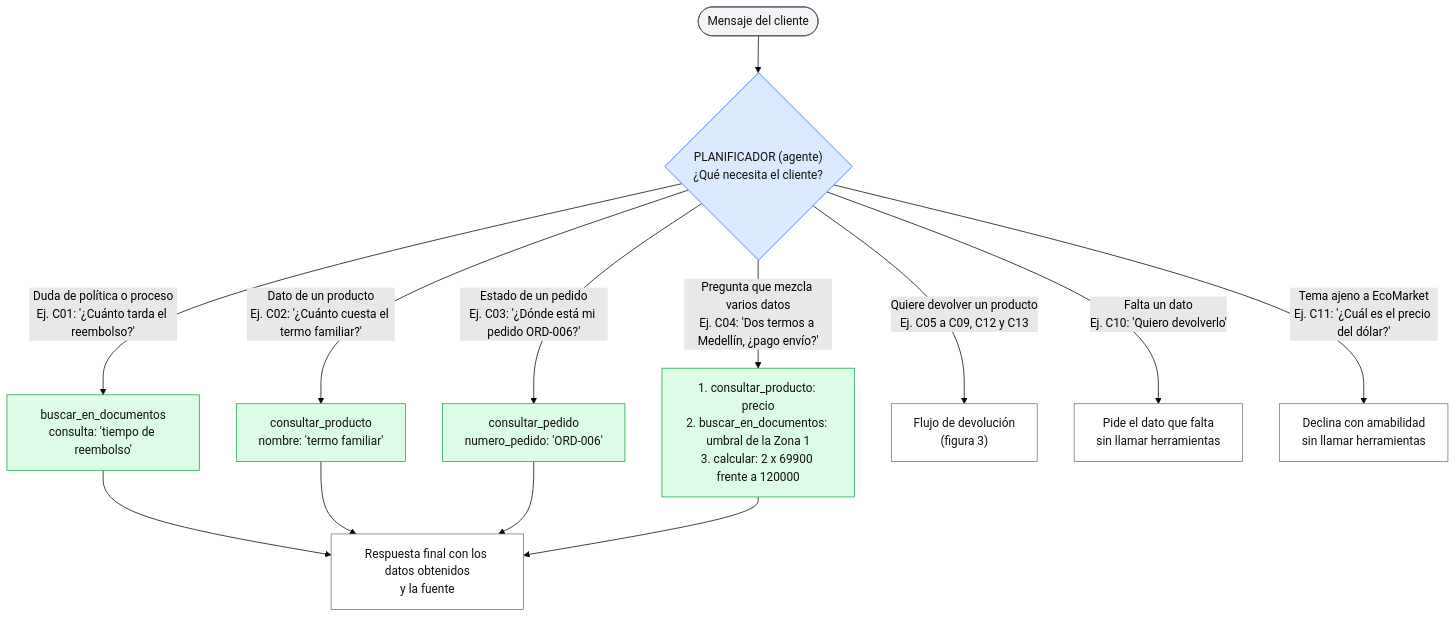
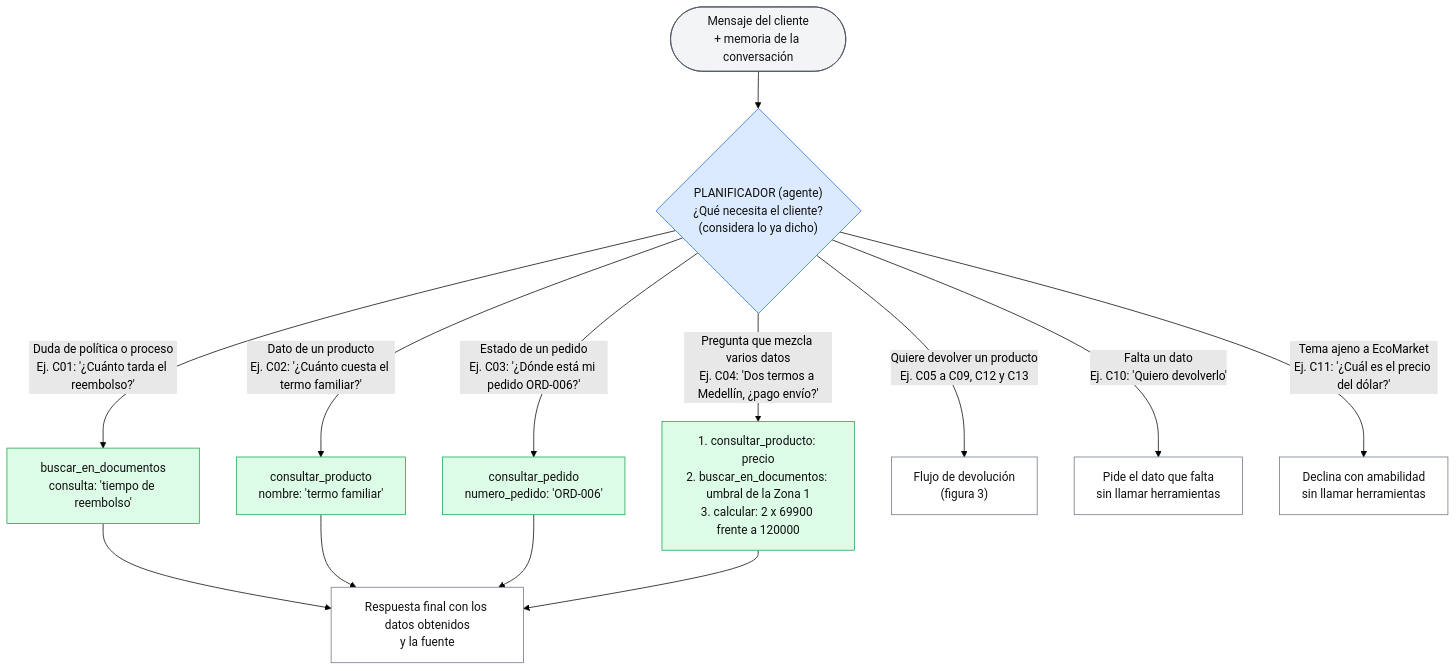
The diagram in proyecto-final/diagramas/decision_herramientas.mmd (1KVueltasAlCampo/ecomarket-genai-workshop-1), drawn with Mermaid (forest theme) before and after one commit. The commit also changed 6 other files, not shown here.

Commit message:
Agrega la memoria de la conversación a los diagramas y a la Fase 1

```diff
--- a/proyecto-final/diagramas/decision_herramientas.mmd
+++ b/proyecto-final/diagramas/decision_herramientas.mmd
@@ -1,18 +1,18 @@
 flowchart TD
     classDef cliente fill:#f3f4f6,stroke:#4b5563,color:#111
     classDef agente fill:#dbeafe,stroke:#2563eb,color:#111
     classDef herramienta fill:#dcfce7,stroke:#16a34a,color:#111
     classDef respuesta fill:#ffffff,stroke:#6b7280,color:#111
 
-    M(["Mensaje del cliente"]):::cliente --> P{"PLANIFICADOR (agente)<br/>¿Qué necesita el cliente?"}:::agente
+    M(["Mensaje del cliente<br/>+ memoria de la conversación"]):::cliente --> P{"PLANIFICADOR (agente)<br/>¿Qué necesita el cliente?<br/>(considera lo ya dicho)"}:::agente
     P -- "Duda de política o proceso<br/>Ej. C01: '¿Cuánto tarda el reembolso?'" --> I1["buscar_en_documentos<br/>consulta: 'tiempo de reembolso'"]:::herramienta
     P -- "Dato de un producto<br/>Ej. C02: '¿Cuánto cuesta el termo familiar?'" --> I2["consultar_producto<br/>nombre: 'termo familiar'"]:::herramienta
     P -- "Estado de un pedido<br/>Ej. C03: '¿Dónde está mi pedido ORD-006?'" --> I3["consultar_pedido<br/>numero_pedido: 'ORD-006'"]:::herramienta
     P -- "Pregunta que mezcla varios datos<br/>Ej. C04: 'Dos termos a Medellín, ¿pago envío?'" --> I4["1. consultar_producto: precio<br/>2. buscar_en_documentos: umbral de la Zona 1<br/>3. calcular: 2 x 69900 frente a 120000"]:::herramienta
     P -- "Quiere devolver un producto<br/>Ej. C05 a C09, C12 y C13" --> D["Flujo de devolución<br/>(figura 3)"]:::respuesta
     P -- "Falta un dato<br/>Ej. C10: 'Quiero devolverlo'" --> Q["Pide el dato que falta<br/>sin llamar herramientas"]:::respuesta
     P -- "Tema ajeno a EcoMarket<br/>Ej. C11: '¿Cuál es el precio del dólar?'" --> X["Declina con amabilidad<br/>sin llamar herramientas"]:::respuesta
     I1 --> F["Respuesta final con los datos obtenidos<br/>y la fuente"]:::respuesta
     I2 --> F
     I3 --> F
     I4 --> F
```
